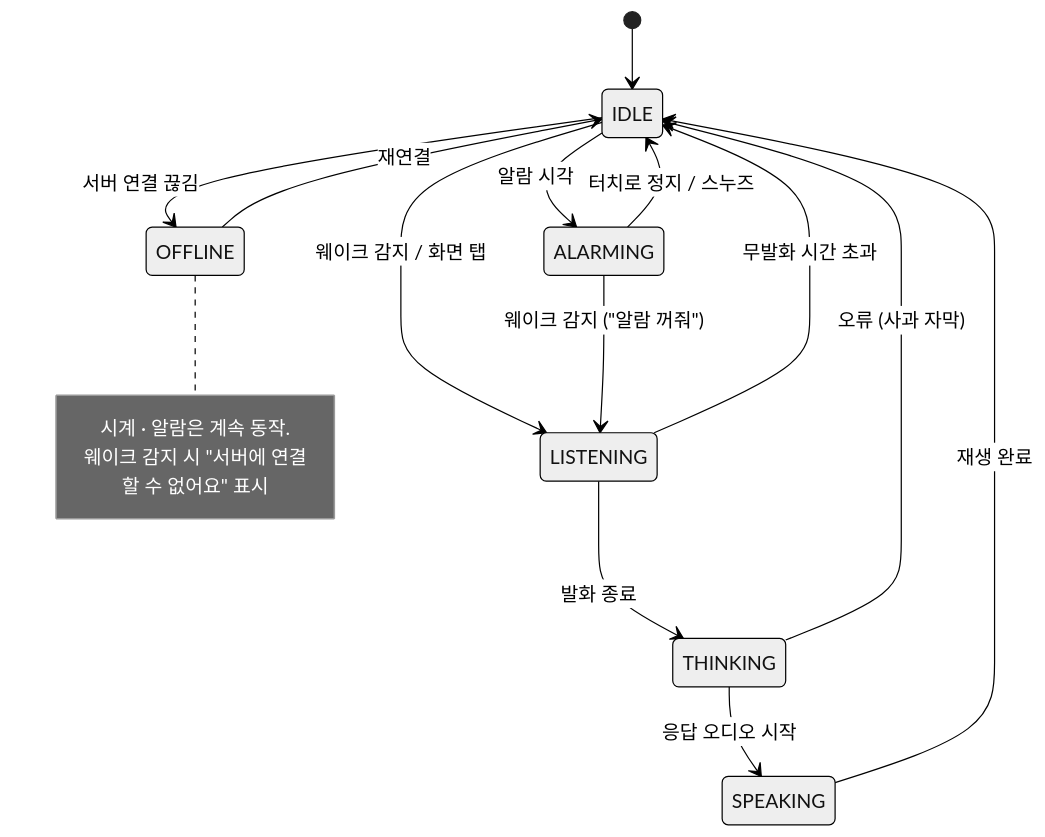
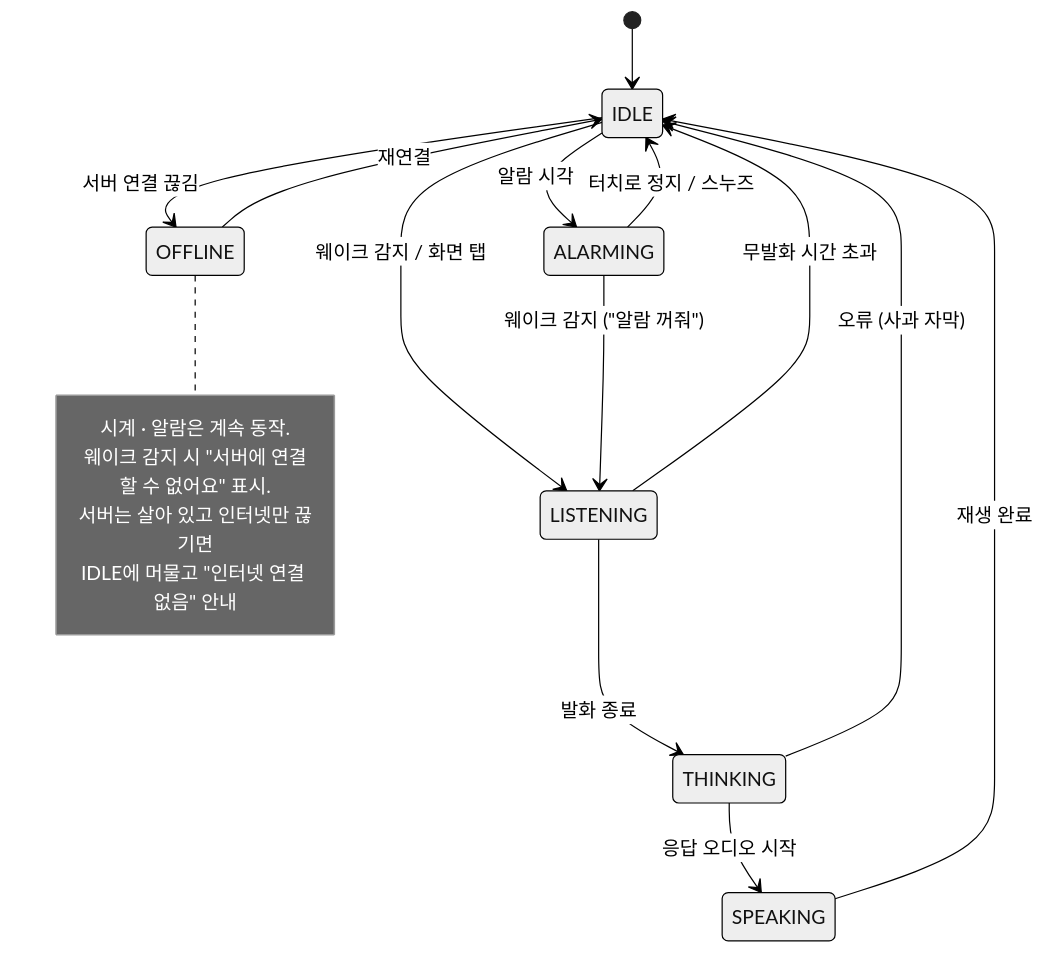
Before and after one commit to pis-o-cake/cozy-buddy: the fourth of 5 diagrams in docs/design/0003-hub-architecture.md, drawn with Mermaid (neutral theme). The commit also changed other lines of this file and 9 other files, not shown here.

````diff
--- a/docs/design/0003-hub-architecture.md
+++ b/docs/design/0003-hub-architecture.md
@@ -136,19 +137,21 @@
 ```mermaid
 stateDiagram-v2
     [*] --> IDLE
     IDLE --> LISTENING: 웨이크 감지 / 화면 탭
     LISTENING --> THINKING: 발화 종료
     LISTENING --> IDLE: 무발화 시간 초과
     THINKING --> SPEAKING: 응답 오디오 시작
     THINKING --> IDLE: 오류 (사과 자막)
     SPEAKING --> IDLE: 재생 완료
     IDLE --> ALARMING: 알람 시각
     ALARMING --> LISTENING: 웨이크 감지 ("알람 꺼줘")
     ALARMING --> IDLE: 터치로 정지 / 스누즈
     IDLE --> OFFLINE: 서버 연결 끊김
     OFFLINE --> IDLE: 재연결
     note right of OFFLINE
         시계 · 알람은 계속 동작.
-        웨이크 감지 시 "서버에 연결할 수 없어요" 표시
+        웨이크 감지 시 "서버에 연결할 수 없어요" 표시.
+        서버는 살아 있고 인터넷만 끊기면
+        IDLE에 머물고 "인터넷 연결 없음" 안내
     end note
 ```
````
